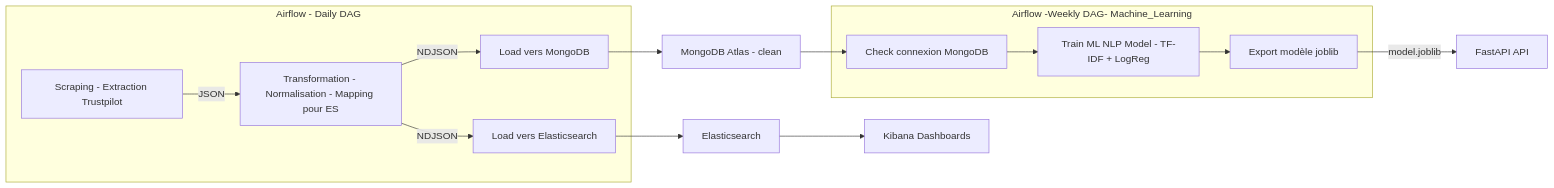
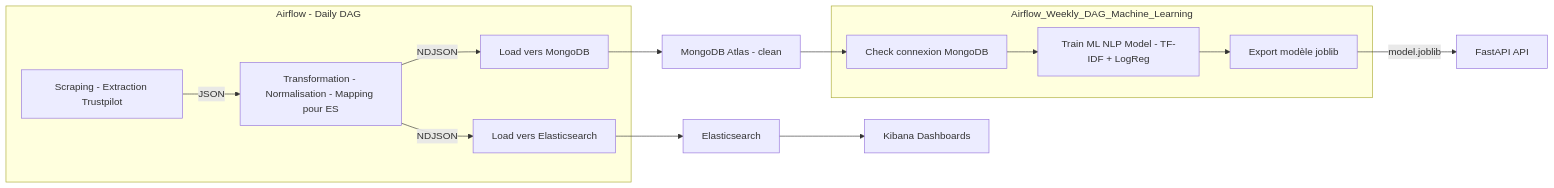
One commit to AbderraoufBou14/trustpilot-sentiment-data-pipeline changed the diagram in README.md. Above: the diagram before and after it, drawn with Mermaid.

Commit message:
Fix formatting in Weekly DAG subgraph title

````diff
--- a/README.md
+++ b/README.md
@@ -27,34 +27,34 @@
 ```mermaid
 flowchart LR
     %% --- Daily DAG ---
     subgraph D[Airflow - Daily DAG]
         D1[Scraping - Extraction Trustpilot]
         D2[Transformation - Normalisation - Mapping pour ES]
         D3[Load vers MongoDB]
         D4[Load vers Elasticsearch]
         D1 --> |JSON| D2
         D2 --> |NDJSON| D3
         D2 --> |NDJSON| D4
     end
 
     %% --- Weekly DAG ---
-    subgraph subgraph W[Airflow -Weekly DAG- Machine_Learning]
+    subgraph subgraph W[Airflow_Weekly_DAG_Machine_Learning]
         W1[Check connexion MongoDB]
         W2[Train ML NLP Model - TF-IDF + LogReg]
         W3[Export modèle joblib]
         W1 --> W2 --> W3
     end
 
     %% --- Bases et services ---
     M[MongoDB Atlas - clean]
     E[Elasticsearch]
     G[FastAPI API]
     K[Kibana Dashboards]
 
     %% --- Flux de données ---
     D3 --> M
     D4 --> E
     M --> W1
     W3 --> |model.joblib| G
     E --> K
 ```
````
